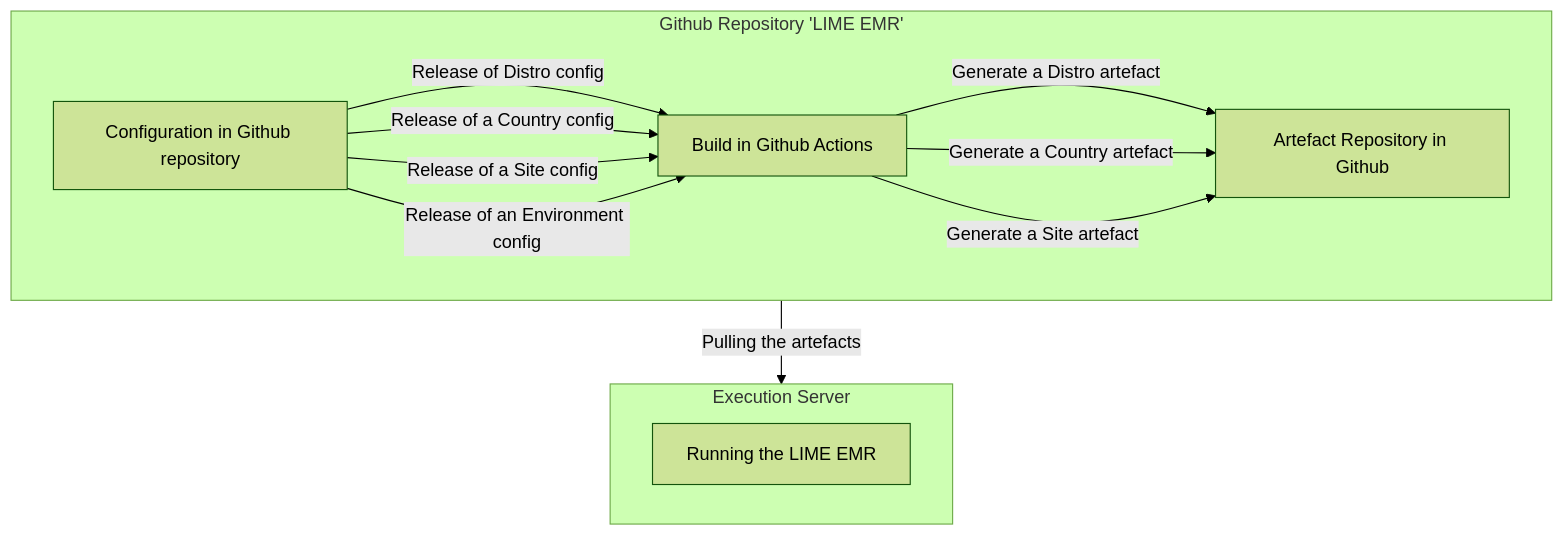
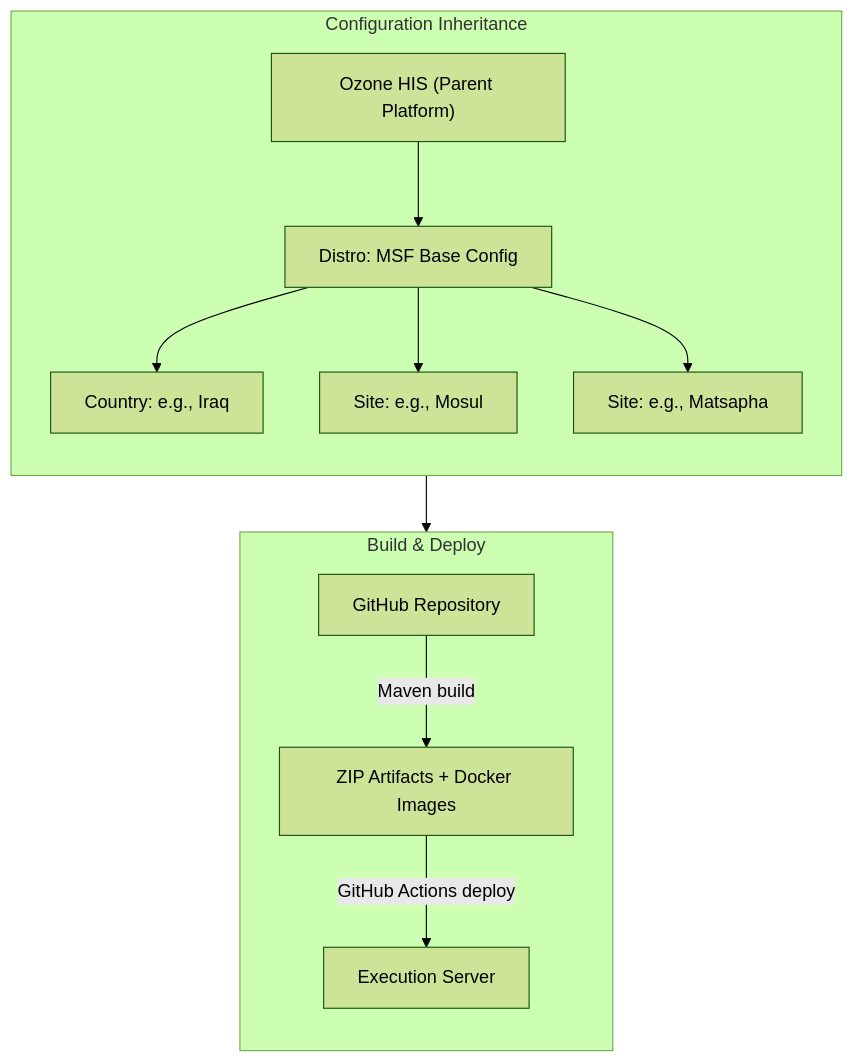
The first of 3 diagrams in README.md (MSF-OCG/LIME-EMR), drawn with Mermaid before and after one commit. The commit also changed other lines of this file and 2 other files, not shown here.

First line of the commit message:
Add initial documentation for setting up new site (#349)

````diff
--- a/README.md
+++ b/README.md
@@ -150,22 +114,19 @@
 ```mermaid
 %%{init: {'theme':'forest'}}%%
 flowchart TD
+    subgraph Inheritance["Configuration Inheritance"]
+        direction TB
+        OZONE["Ozone HIS (Parent Platform)"] --> DISTRO["Distro: MSF Base Config"]
+        DISTRO --> COUNTRY["Country: e.g., Iraq"]
+        DISTRO --> SITE_A["Site: e.g., Mosul"]
+        DISTRO --> SITE_B["Site: e.g., Matsapha"]
+    end
 
-subgraph Z["Github Repository 'LIME EMR'"]
-direction LR
-  A[Configuration in Github repository] -->|Release of Distro config| B[Build in Github Actions]
-      A -->|Release of a Country config| B
-      A -->|Release of a Site config| B
-      A -->|Release of an Environment config| B
-  B --> |Generate a Distro artefact| C[Artefact Repository in Github]
-      B --> |Generate a Country artefact| C
-      B --> |Generate a Site artefact| C
-end
+    subgraph Build["Build & Deploy"]
+        direction TB
+        GH["GitHub Repository"] -->|Maven build| ARTIFACTS["ZIP Artifacts + Docker Images"]
+        ARTIFACTS -->|GitHub Actions deploy| SERVER["Execution Server"]
+    end
 
-subgraph ZA["Execution Server"]
-direction LR
-      D[Running the LIME EMR]
-end
-
-Z --> |Pulling the artefacts| ZA
+    Inheritance --> Build
 ```
````
